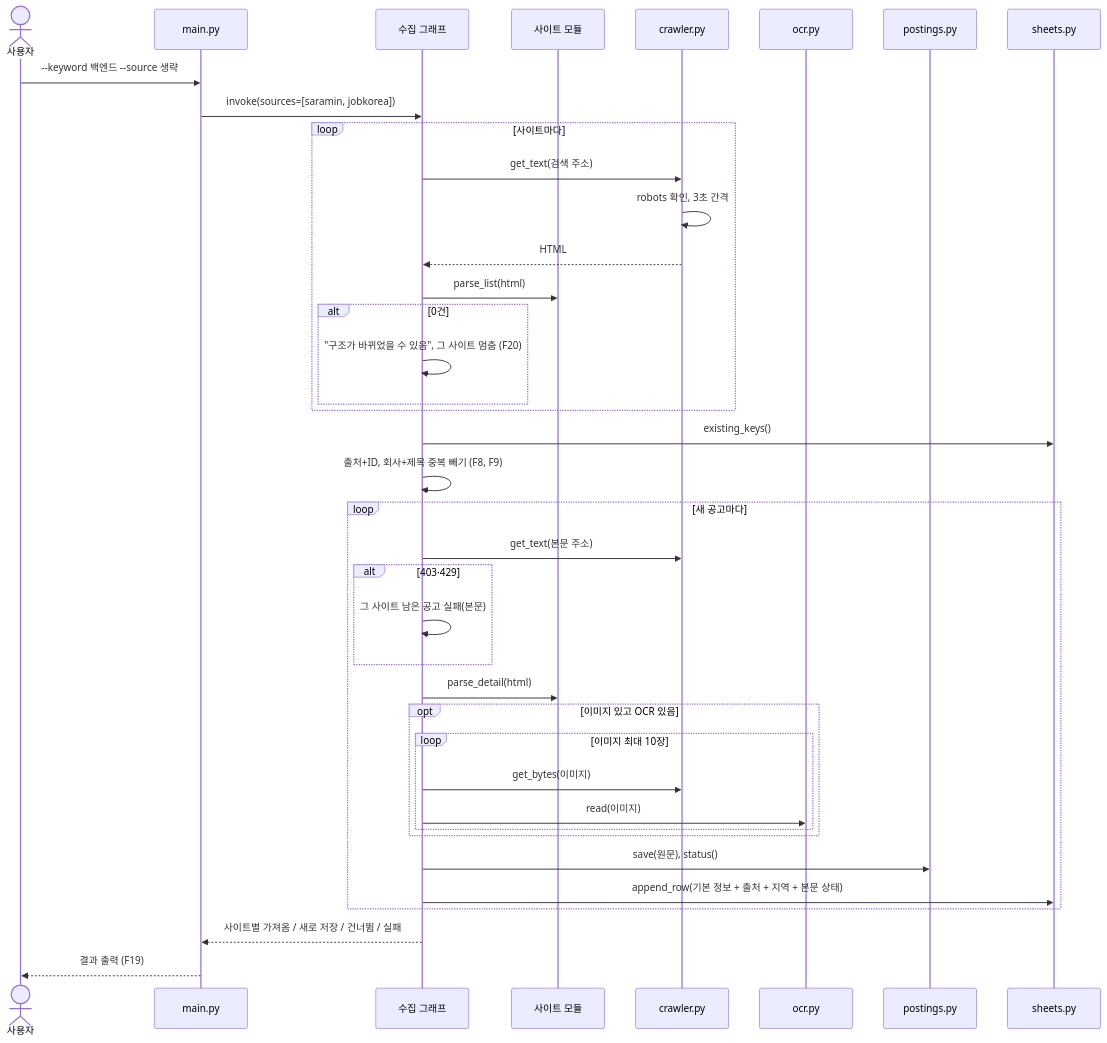
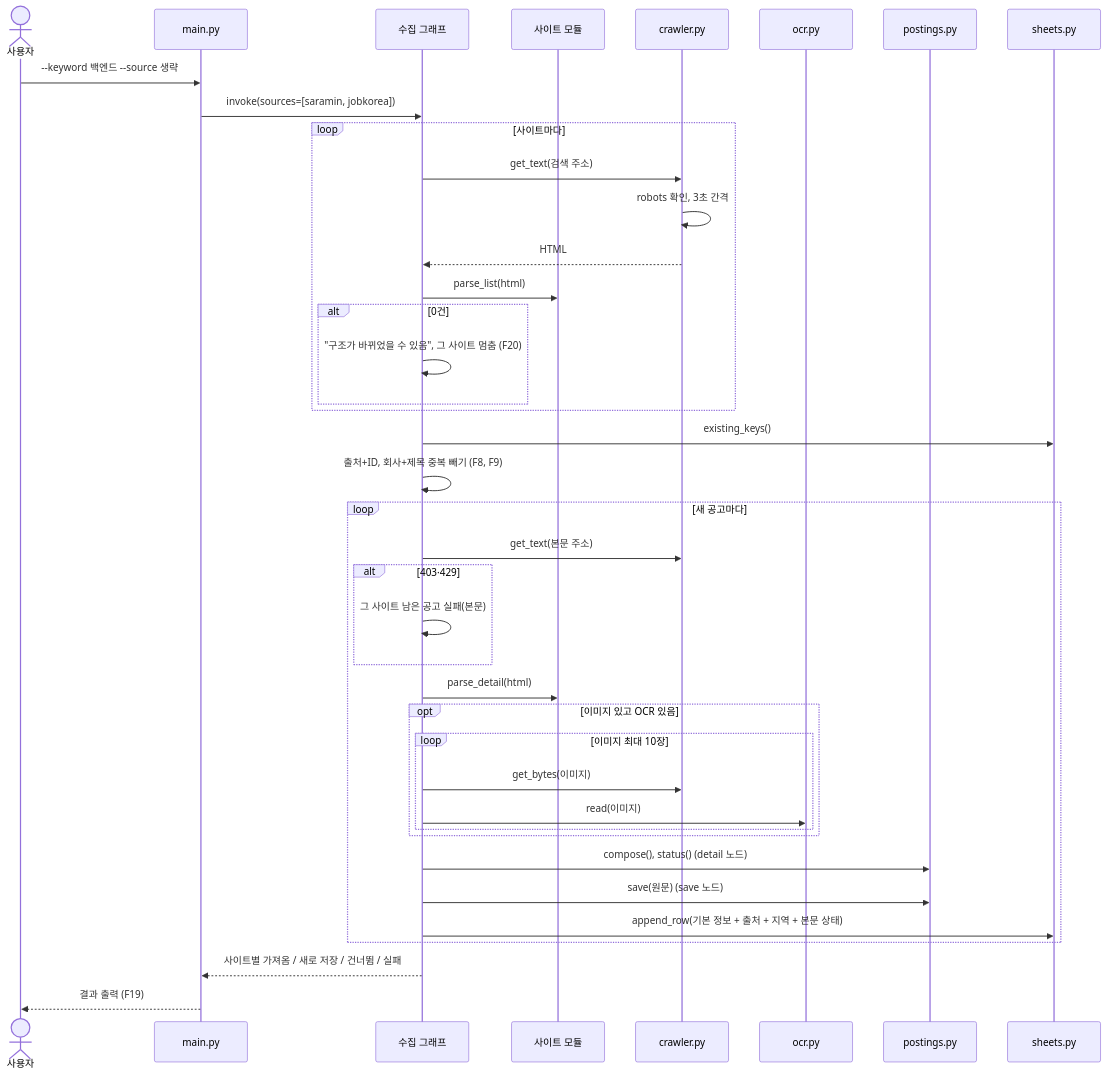
Before and after one commit to wogud98/jobvis: the third of 5 diagrams in docs/v0.4/02-design.md, drawn with Mermaid. The commit also changed other lines of this file and 30 other files, not shown here.

````diff
--- a/docs/v0.4/02-design.md
+++ b/docs/v0.4/02-design.md
@@ -223,42 +254,43 @@
 ```mermaid
 sequenceDiagram
     actor U as 사용자
     participant M as main.py
     participant G as 수집 그래프
     participant S as 사이트 모듈
     participant C as crawler.py
     participant O as ocr.py
     participant P as postings.py
     participant SH as sheets.py
 
     U->>M: --keyword 백엔드 --source 생략
     M->>G: invoke(sources=[saramin, jobkorea])
     loop 사이트마다
         G->>C: get_text(검색 주소)
         C->>C: robots 확인, 3초 간격
         C-->>G: HTML
         G->>S: parse_list(html)
         alt 0건
             G->>G: "구조가 바뀌었을 수 있음", 그 사이트 멈춤 (F20)
         end
     end
     G->>SH: existing_keys()
     G->>G: 출처+ID, 회사+제목 중복 빼기 (F8, F9)
     loop 새 공고마다
         G->>C: get_text(본문 주소)
         alt 403·429
             G->>G: 그 사이트 남은 공고 실패(본문)
         end
         G->>S: parse_detail(html)
         opt 이미지 있고 OCR 있음
             loop 이미지 최대 10장
                 G->>C: get_bytes(이미지)
                 G->>O: read(이미지)
             end
         end
-        G->>P: save(원문), status()
+        G->>P: compose(), status() (detail 노드)
+        G->>P: save(원문) (save 노드)
         G->>SH: append_row(기본 정보 + 출처 + 지역 + 본문 상태)
     end
     G-->>M: 사이트별 가져옴 / 새로 저장 / 건너뜀 / 실패
     M-->>U: 결과 출력 (F19)
 ```
````
